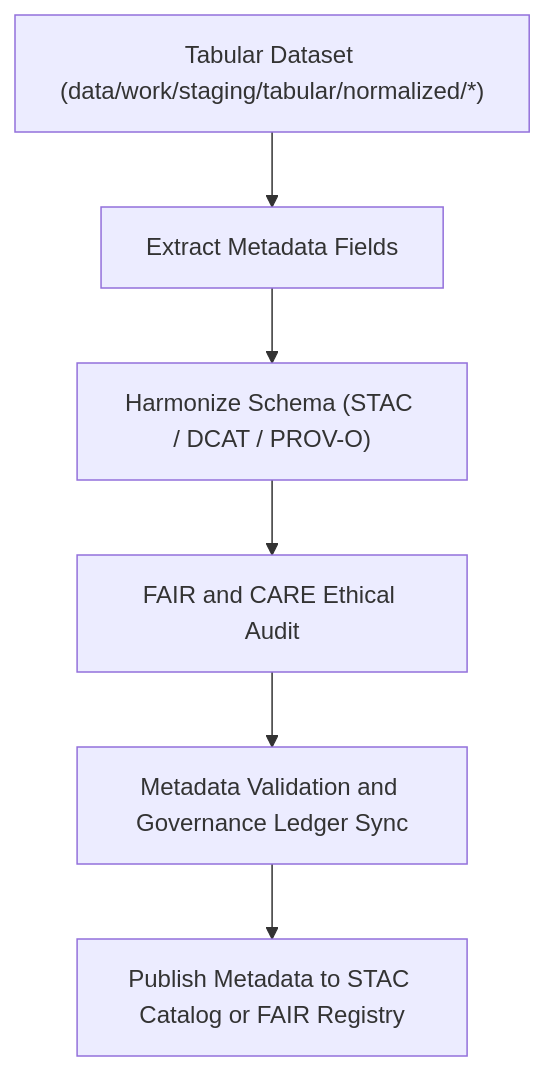
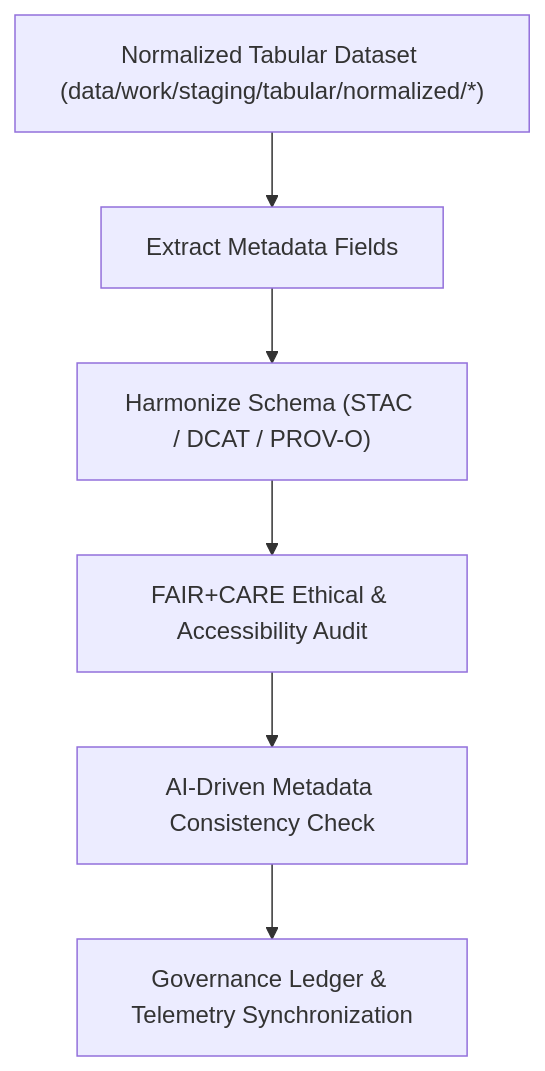
Before and after one commit to bartytime4life/Kansas-Frontier-Matrix: the diagram in data/work/staging/tabular/metadata/README.md, drawn with Mermaid. The commit also changed other lines of this file, not shown here.

````diff
--- a/data/work/staging/tabular/metadata/README.md
+++ b/data/work/staging/tabular/metadata/README.md
@@ -74,8 +82,8 @@
 ```mermaid
 flowchart TD
-    A["Tabular Dataset (data/work/staging/tabular/normalized/*)"] --> B["Extract Metadata Fields"]
+    A["Normalized Tabular Dataset (data/work/staging/tabular/normalized/*)"] --> B["Extract Metadata Fields"]
     B --> C["Harmonize Schema (STAC / DCAT / PROV-O)"]
-    C --> D["FAIR and CARE Ethical Audit"]
-    D --> E["Metadata Validation and Governance Ledger Sync"]
-    E --> F["Publish Metadata to STAC Catalog or FAIR Registry"]
+    C --> D["FAIR+CARE Ethical & Accessibility Audit"]
+    D --> E["AI-Driven Metadata Consistency Check"]
+    E --> F["Governance Ledger & Telemetry Synchronization"]
 ```
````
